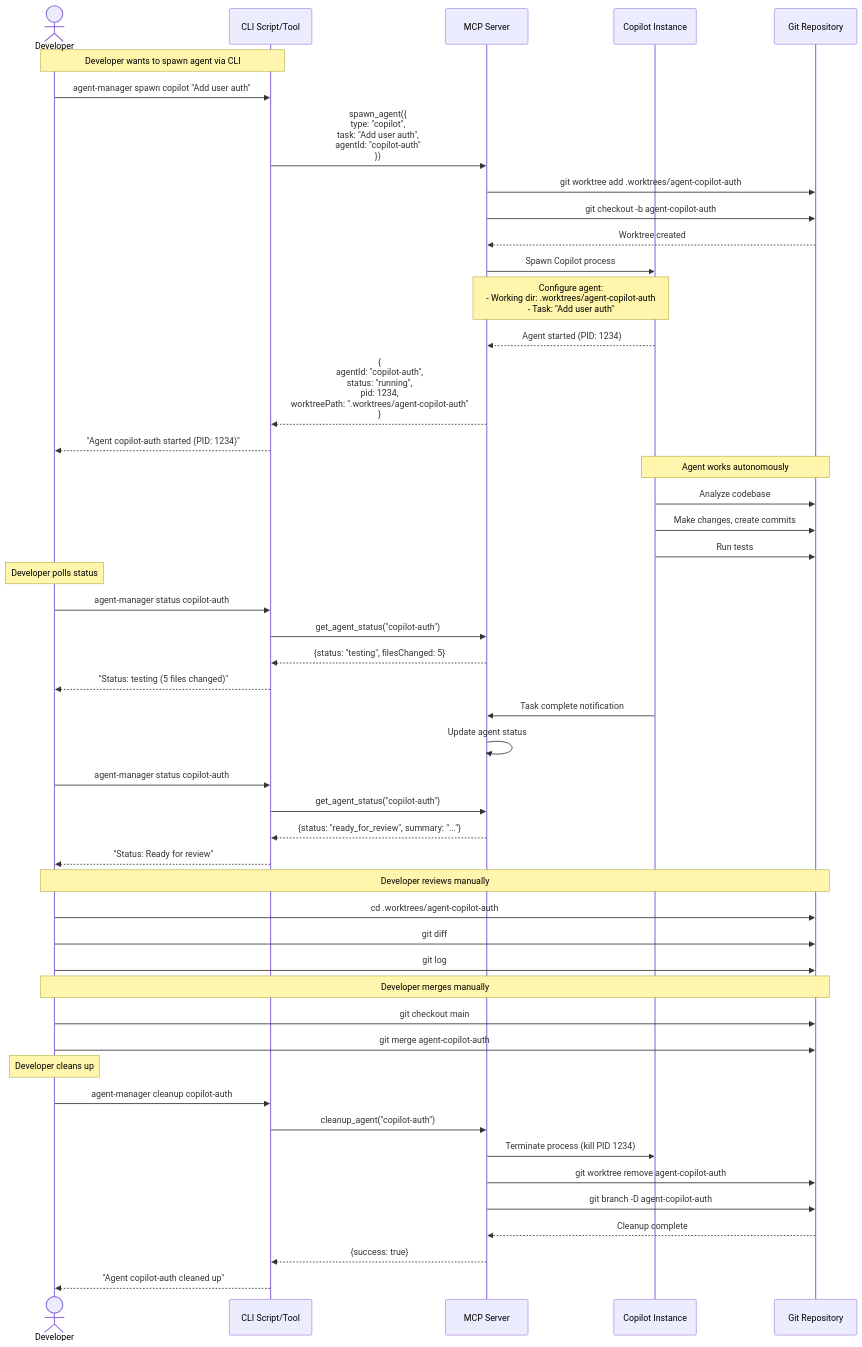
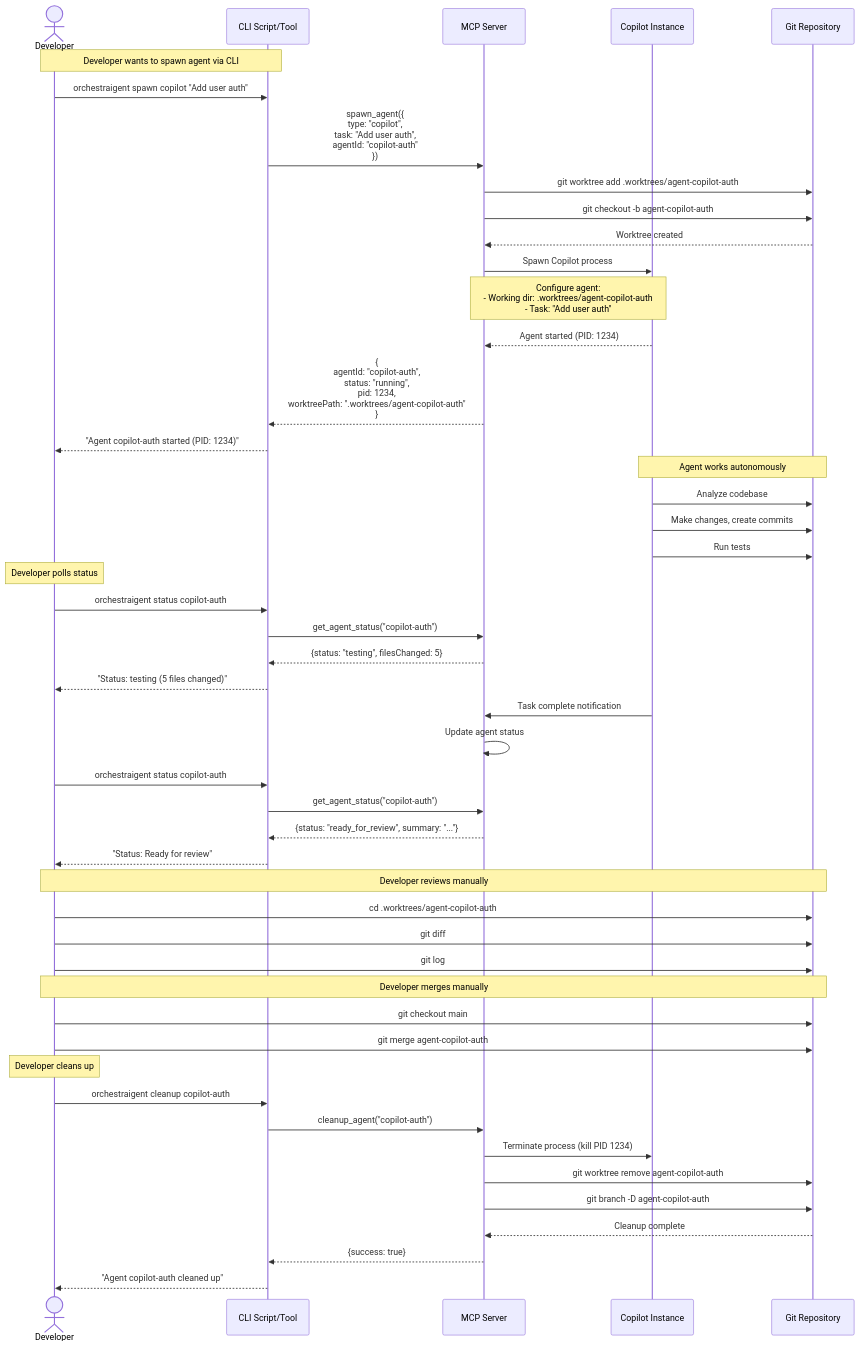
One commit to tzDel/agent-manager-mcp changed the third of 4 diagrams in docs/architecture.md. Above: the diagram before and after it, drawn with Mermaid. The commit also changed other lines of this file and 16 other files, not shown here.

````diff
--- a/docs/architecture.md
+++ b/docs/architecture.md
@@ -107,62 +107,62 @@
 ```mermaid
 sequenceDiagram
     actor Dev as Developer
     participant Script as CLI Script/Tool
     participant MCP as MCP Server
     participant Agent as Copilot Instance
     participant Git as Git Repository
 
     Note over Dev,Script: Developer wants to spawn agent via CLI
-    Dev->>Script: agent-manager spawn copilot "Add user auth"
+    Dev->>Script: orchestraigent spawn copilot "Add user auth"
 
     Script->>MCP: spawn_agent({<br/>type: "copilot",<br/>task: "Add user auth",<br/>agentId: "copilot-auth"<br/>})
 
     MCP->>Git: git worktree add .worktrees/agent-copilot-auth
     MCP->>Git: git checkout -b agent-copilot-auth
     Git-->>MCP: Worktree created
 
     MCP->>Agent: Spawn Copilot process
     Note over MCP,Agent: Configure agent:<br/>- Working dir: .worktrees/agent-copilot-auth<br/>- Task: "Add user auth"
     Agent-->>MCP: Agent started (PID: 1234)
 
     MCP-->>Script: {<br/>agentId: "copilot-auth",<br/>status: "running",<br/>pid: 1234,<br/>worktreePath: ".worktrees/agent-copilot-auth"<br/>}
     Script-->>Dev: "Agent copilot-auth started (PID: 1234)"
 
     Note over Agent,Git: Agent works autonomously
     Agent->>Git: Analyze codebase
     Agent->>Git: Make changes, create commits
     Agent->>Git: Run tests
 
     Note over Dev: Developer polls status
-    Dev->>Script: agent-manager status copilot-auth
+    Dev->>Script: orchestraigent status copilot-auth
     Script->>MCP: get_agent_status("copilot-auth")
     MCP-->>Script: {status: "testing", filesChanged: 5}
     Script-->>Dev: "Status: testing (5 files changed)"
 
     Agent->>MCP: Task complete notification
     MCP->>MCP: Update agent status
 
-    Dev->>Script: agent-manager status copilot-auth
+    Dev->>Script: orchestraigent status copilot-auth
     Script->>MCP: get_agent_status("copilot-auth")
     MCP-->>Script: {status: "ready_for_review", summary: "..."}
     Script-->>Dev: "Status: Ready for review"
 
     Note over Dev,Git: Developer reviews manually
     Dev->>Git: cd .worktrees/agent-copilot-auth
     Dev->>Git: git diff
     Dev->>Git: git log
 
     Note over Dev,Git: Developer merges manually
     Dev->>Git: git checkout main
     Dev->>Git: git merge agent-copilot-auth
 
     Note over Dev: Developer cleans up
-    Dev->>Script: agent-manager cleanup copilot-auth
+    Dev->>Script: orchestraigent cleanup copilot-auth
     Script->>MCP: cleanup_agent("copilot-auth")
     MCP->>Agent: Terminate process (kill PID 1234)
     MCP->>Git: git worktree remove agent-copilot-auth
     MCP->>Git: git branch -D agent-copilot-auth
     Git-->>MCP: Cleanup complete
     MCP-->>Script: {success: true}
     Script-->>Dev: "Agent copilot-auth cleaned up"
 ```
````
